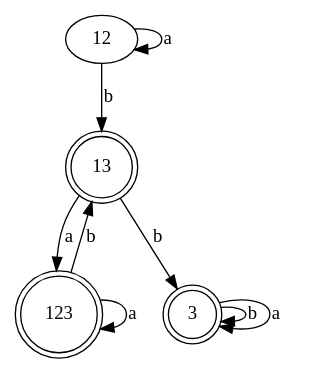
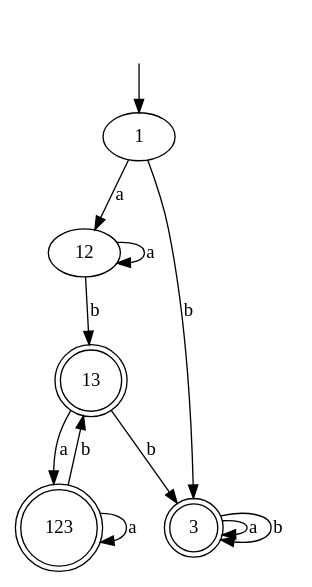
Before and after one commit to PyAlexOs/TheoryFormalLanguages: the diagram in files/dependency_graphs/deterministic finite state machine.gv, drawn with Graphviz. The commit also changed 4 other files, not shown here.

```diff
--- a/files/dependency_graphs/deterministic finite state machine.gv
+++ b/files/dependency_graphs/deterministic finite state machine.gv
@@ -1,17 +1,22 @@
 digraph "deterministic finite state machine" {
 	13 [shape=doublecircle]
 	12 -> 13 [label=b]
+	3 [shape=doublecircle]
+	3 -> 3 [label=a]
+	" " [shape=plaintext]
+	" " -> 1
+	3 [shape=doublecircle]
+	1 -> 3 [label=b]
+	1 -> 12 [label=a]
+	3 [shape=doublecircle]
+	3 -> 3 [label=b]
+	13 [shape=doublecircle]
+	123 -> 13 [label=b]
+	123 [shape=doublecircle]
+	13 -> 123 [label=a]
+	12 -> 12 [label=a]
 	123 [shape=doublecircle]
 	123 -> 123 [label=a]
-	13 [shape=doublecircle]
-	123 -> 13 [label=b]
-	12 -> 12 [label=a]
-	123 [shape=doublecircle]
-	13 -> 123 [label=a]
 	3 [shape=doublecircle]
 	13 -> 3 [label=b]
-	3 [shape=doublecircle]
-	3 -> 3 [label=b]
-	3 [shape=doublecircle]
-	3 -> 3 [label=a]
 }
```
